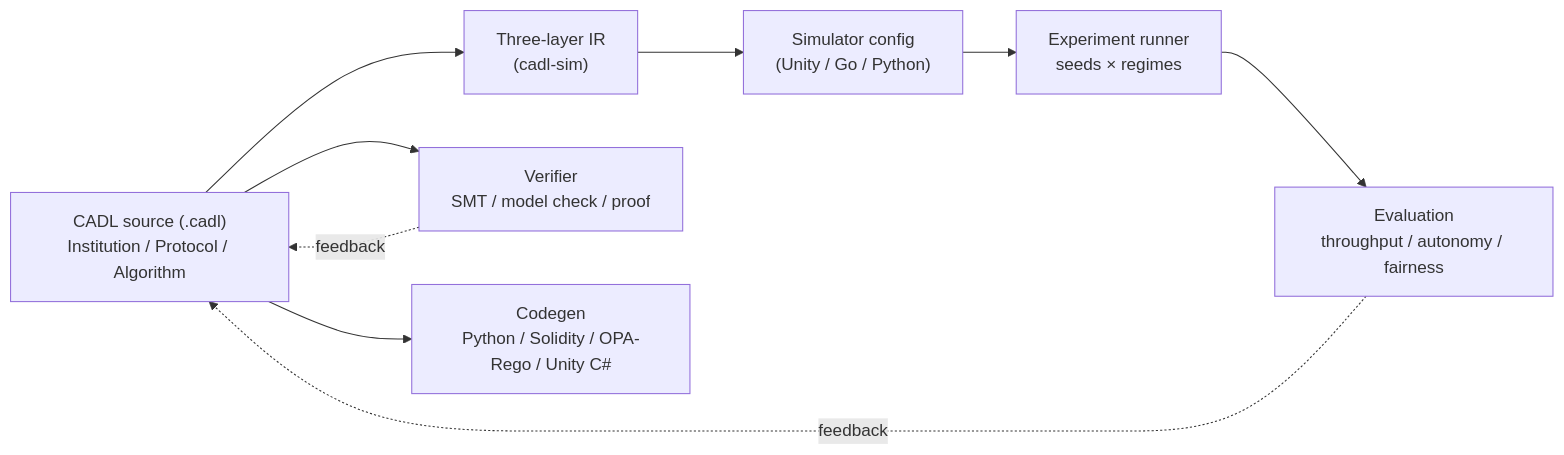
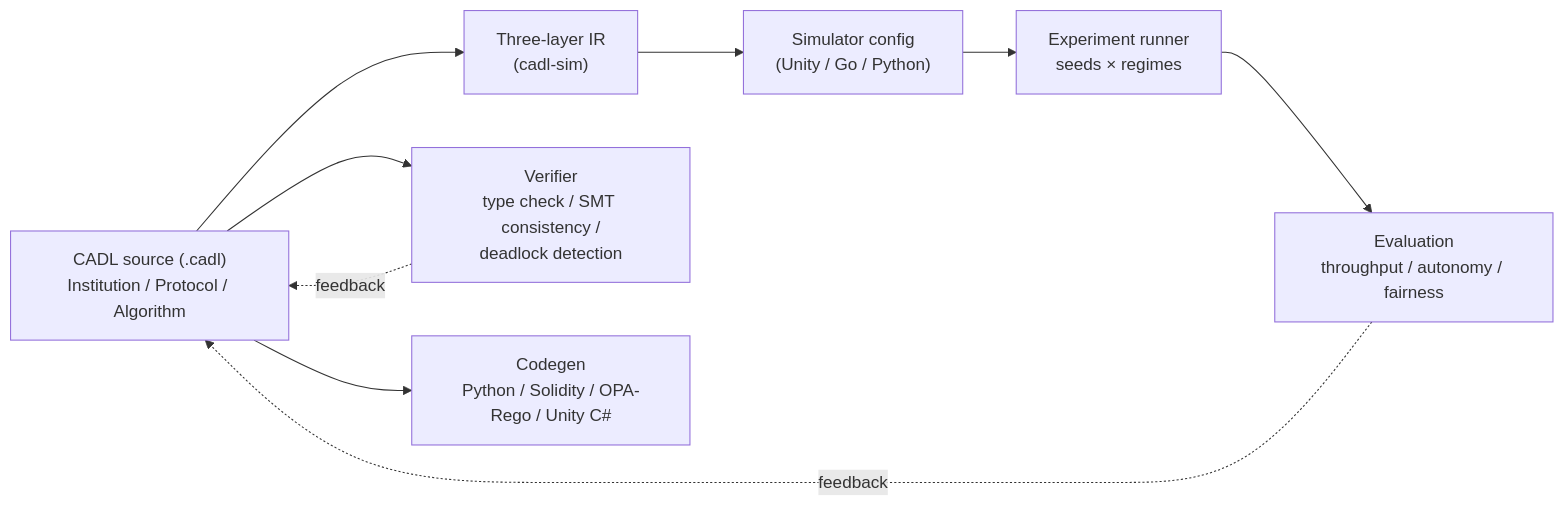
Before and after one commit to ertlnagoya/cadl-spec: the diagram in docs/spec/intro.md, drawn with Mermaid. The commit also changed 5 other files, not shown here.

````diff
--- a/docs/spec/intro.md
+++ b/docs/spec/intro.md
@@ -30,19 +30,19 @@
 ```mermaid
 flowchart LR
     SRC["CADL source (.cadl)<br/>Institution / Protocol / Algorithm"]
     IR["Three-layer IR<br/>(cadl-sim)"]
-    VER["Verifier<br/>SMT / model check / proof"]
+    VER["Verifier<br/>type check / SMT consistency /<br/>deadlock detection"]
     CFG["Simulator config<br/>(Unity / Go / Python)"]
     CODE["Codegen<br/>Python / Solidity / OPA-Rego / Unity C#"]
     EXP["Experiment runner<br/>seeds × regimes"]
     EVAL["Evaluation<br/>throughput / autonomy / fairness"]
 
     SRC --> VER
     SRC --> CODE
     SRC --> IR
     IR --> CFG
     CFG --> EXP
     EXP --> EVAL
     VER -. feedback .-> SRC
     EVAL -. feedback .-> SRC
 ```
````
